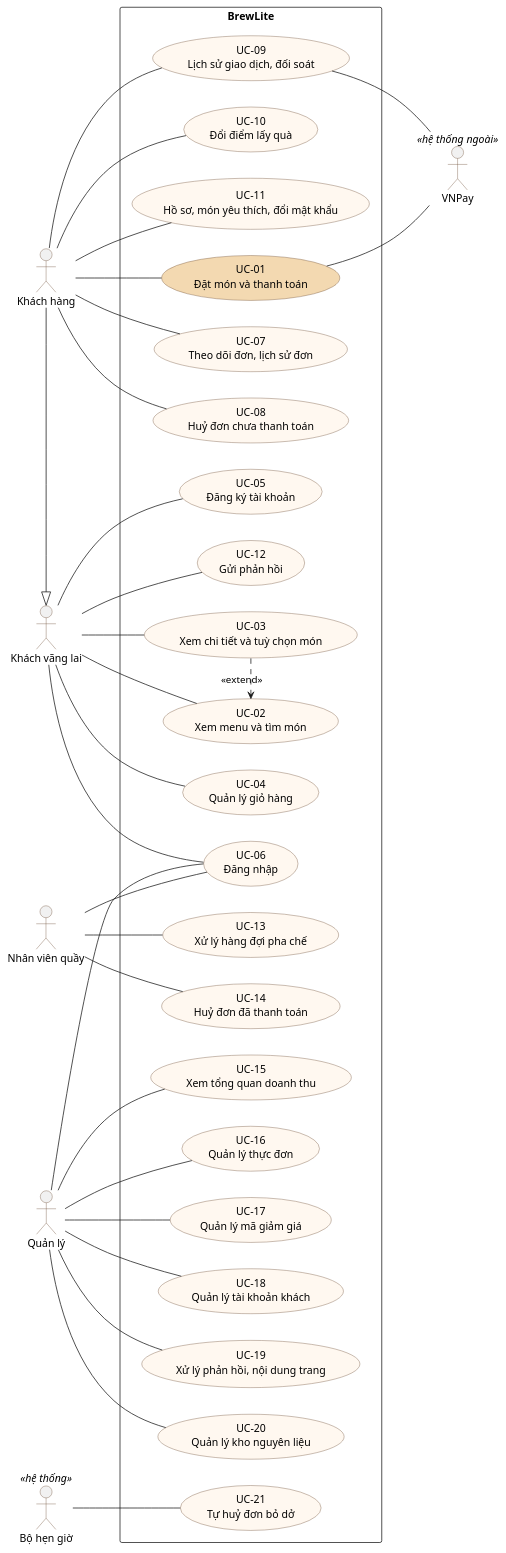
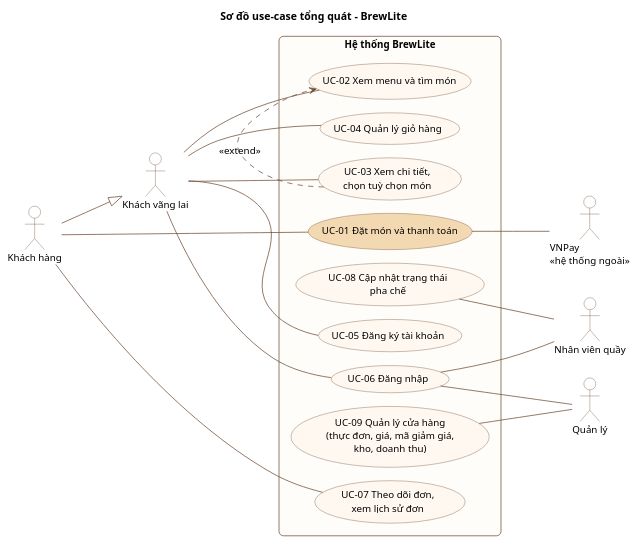
The diagram in docs/requirements/use-case-tong-quat.puml (SuccessPhan/brewlite-assignment2), drawn with PlantUML before and after one commit. The commit also changed 1 other file, not shown here.

Commit message:
docs(requirements): sơ đồ use-case tổng quát rút còn 9 use case theo phạm vi đề, không còn đường bắt chéo

```diff
--- a/docs/requirements/use-case-tong-quat.puml
+++ b/docs/requirements/use-case-tong-quat.puml
@@ -1,76 +1,62 @@
 @startuml use-case-tong-quat
 ' Sơ đồ use-case tổng quát BrewLite
 left to right direction
-skinparam packageStyle rectangle
 skinparam shadowing false
 skinparam defaultFontName Arial
+skinparam defaultFontSize 13
+skinparam packageStyle rectangle
+skinparam roundCorner 12
+skinparam nodesep 18
+skinparam ranksep 80
+skinparam ArrowColor #6F4E37
+skinparam actor {
+  BorderColor #6F4E37
+  BackgroundColor #FFFFFF
+}
 skinparam usecase {
   BackgroundColor #FFF8F0
   BorderColor #6F4E37
 }
-skinparam actorBorderColor #6F4E37
+skinparam rectangle {
+  BorderColor #6F4E37
+  BackgroundColor #FFFDF9
+  FontStyle bold
+}
 
+title Sơ đồ use-case tổng quát – BrewLite
+
+actor "Khách hàng" as Customer
 actor "Khách vãng lai" as Guest
-actor "Khách hàng" as Customer
+Customer -down-|> Guest
+
+rectangle "Hệ thống BrewLite" {
+  usecase "UC-01 Đặt món và thanh toán" as UC01 #F3D9B1
+  usecase "UC-07 Theo dõi đơn,\nxem lịch sử đơn" as UC07
+  usecase "UC-08 Cập nhật trạng thái\npha chế" as UC08
+  usecase "UC-09 Quản lý cửa hàng\n(thực đơn, giá, mã giảm giá,\nkho, doanh thu)" as UC09
+  usecase "UC-06 Đăng nhập" as UC06
+  usecase "UC-02 Xem menu và tìm món" as UC02
+  usecase "UC-03 Xem chi tiết,\nchọn tuỳ chọn món" as UC03
+  usecase "UC-04 Quản lý giỏ hàng" as UC04
+  usecase "UC-05 Đăng ký tài khoản" as UC05
+}
+
+actor "VNPay\n<<hệ thống ngoài>>" as VNPay
 actor "Nhân viên quầy" as Staff
 actor "Quản lý" as Manager
-actor "VNPay" as VNPay <<hệ thống ngoài>>
-actor "Bộ hẹn giờ" as Timer <<hệ thống>>
 
-Customer -|> Guest
-
-rectangle "BrewLite" {
-  usecase "UC-02\nXem menu và tìm món" as UC02
-  usecase "UC-03\nXem chi tiết và tuỳ chọn món" as UC03
-  usecase "UC-04\nQuản lý giỏ hàng" as UC04
-  usecase "UC-05\nĐăng ký tài khoản" as UC05
-  usecase "UC-06\nĐăng nhập" as UC06
-  usecase "UC-12\nGửi phản hồi" as UC12
-
-  usecase "UC-01\nĐặt món và thanh toán" as UC01 #F3D9B1
-  usecase "UC-07\nTheo dõi đơn, lịch sử đơn" as UC07
-  usecase "UC-08\nHuỷ đơn chưa thanh toán" as UC08
-  usecase "UC-09\nLịch sử giao dịch, đối soát" as UC09
-  usecase "UC-10\nĐổi điểm lấy quà" as UC10
-  usecase "UC-11\nHồ sơ, món yêu thích, đổi mật khẩu" as UC11
-
-  usecase "UC-13\nXử lý hàng đợi pha chế" as UC13
-  usecase "UC-14\nHuỷ đơn đã thanh toán" as UC14
-
-  usecase "UC-15\nXem tổng quan doanh thu" as UC15
-  usecase "UC-16\nQuản lý thực đơn" as UC16
-  usecase "UC-17\nQuản lý mã giảm giá" as UC17
-  usecase "UC-18\nQuản lý tài khoản khách" as UC18
-  usecase "UC-19\nXử lý phản hồi, nội dung trang" as UC19
-  usecase "UC-20\nQuản lý kho nguyên liệu" as UC20
-
-  usecase "UC-21\nTự huỷ đơn bỏ dở" as UC21
-}
-
+Customer -- UC01
+Customer -- UC07
+Guest -- UC06
 Guest -- UC02
 Guest -- UC03
 Guest -- UC04
 Guest -- UC05
-Guest -- UC06
-Guest -- UC12
-Customer -- UC01
-Customer -- UC07
-Customer -- UC08
-Customer -- UC09
-Customer -- UC10
-Customer -- UC11
-Staff -- UC06
-Staff -- UC13
-Staff -- UC14
-Manager -- UC06
-Manager -- UC15
-Manager -- UC16
-Manager -- UC17
-Manager -- UC18
-Manager -- UC19
-Manager -- UC20
+UC03 .> UC02 : <<extend>>
+
 UC01 -- VNPay
-UC09 -- VNPay
-Timer -- UC21
-UC03 .> UC02 : <<extend>>
+UC06 -- Staff
+UC08 -- Staff
+UC06 -- Manager
+UC09 -- Manager
 @enduml
```
